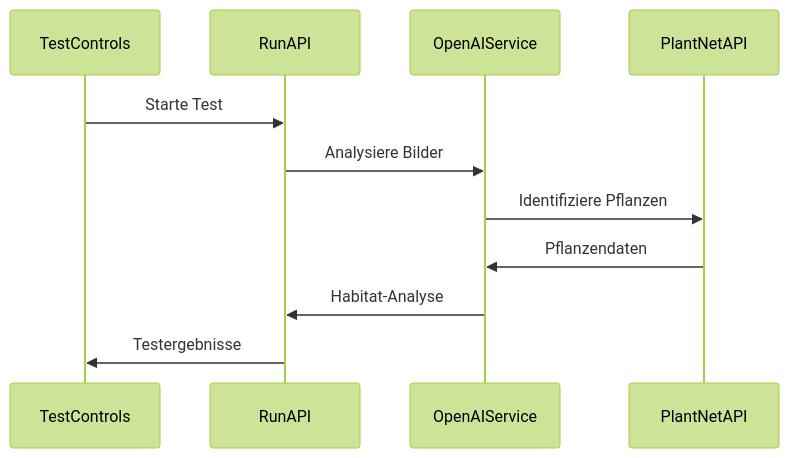
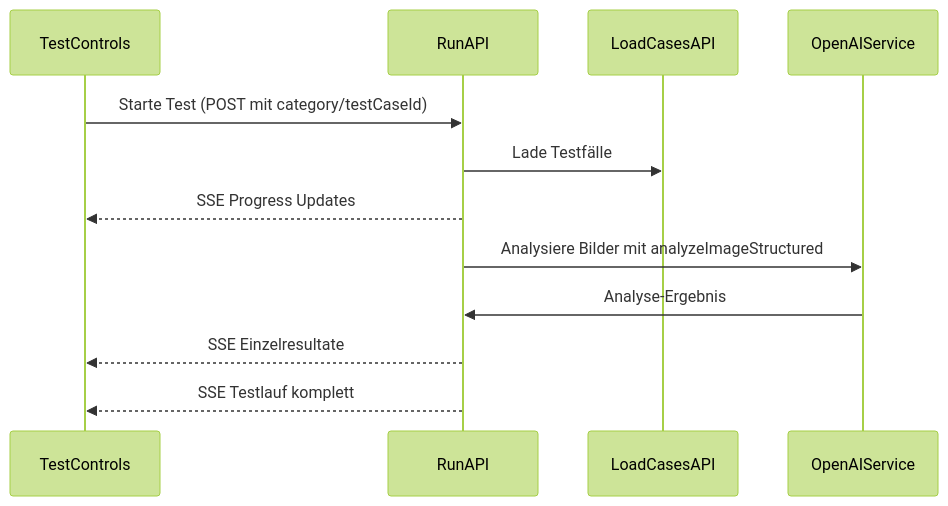
The second of 2 diagrams in docs/tests-integration.md (bCommonsLAB/nextjs-nature-scout), drawn with Mermaid (forest theme) before and after one commit. The commit also changed other lines of this file and 103 other files, not shown here.

````diff
--- a/docs/tests-integration.md
+++ b/docs/tests-integration.md
@@ -83,9 +145,10 @@
    ```mermaid
    sequenceDiagram
-   TestControls->>RunAPI: Starte Test
-   RunAPI->>OpenAIService: Analysiere Bilder
-   OpenAIService->>PlantNetAPI: Identifiziere Pflanzen
-   PlantNetAPI->>OpenAIService: Pflanzendaten
-   OpenAIService->>RunAPI: Habitat-Analyse
-   RunAPI->>TestControls: Testergebnisse
+   TestControls->>RunAPI: Starte Test (POST mit category/testCaseId)
+   RunAPI->>LoadCasesAPI: Lade Testfälle
+   RunAPI-->>TestControls: SSE Progress Updates
+   RunAPI->>OpenAIService: Analysiere Bilder mit analyzeImageStructured
+   OpenAIService->>RunAPI: Analyse-Ergebnis
+   RunAPI-->>TestControls: SSE Einzelresultate
+   RunAPI-->>TestControls: SSE Testlauf komplett
    ```
````
